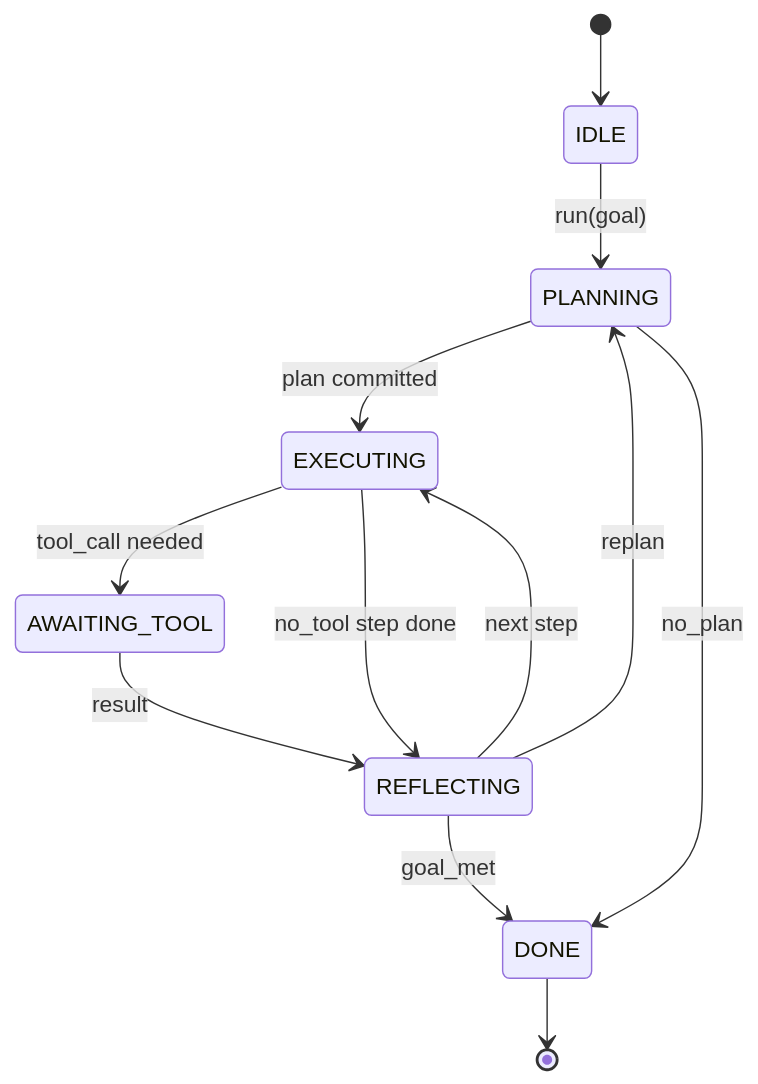
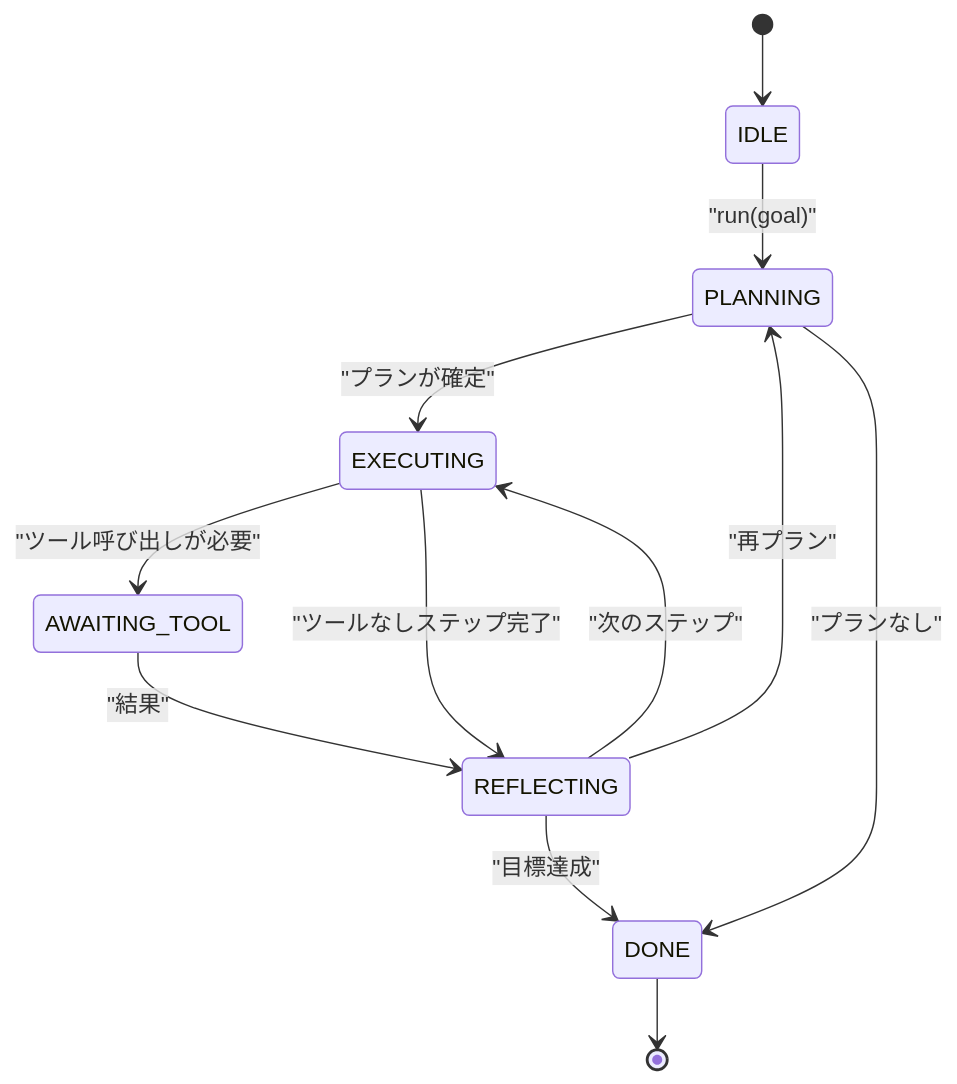
The diagram in content/phases/19-capstone-projects/20-agent-harness-loop-contract/lesson.ja.md (shoshoshomen/synapse-academy), drawn with Mermaid before and after one commit. The commit also changed 124 other files, not shown here.

First line of the commit message:
feat(i18n): mermaid図のラベルを日本語化(194レッスン/374図)

````diff
--- a/content/phases/19-capstone-projects/20-agent-harness-loop-contract/lesson.ja.md
+++ b/content/phases/19-capstone-projects/20-agent-harness-loop-contract/lesson.ja.md
@@ -23,14 +23,14 @@
 ```mermaid
 stateDiagram-v2
     [*] --> IDLE
-    IDLE --> PLANNING: run(goal)
-    PLANNING --> EXECUTING: plan committed
-    EXECUTING --> AWAITING_TOOL: tool_call needed
-    AWAITING_TOOL --> REFLECTING: result
-    EXECUTING --> REFLECTING: no_tool step done
-    REFLECTING --> EXECUTING: next step
-    REFLECTING --> PLANNING: replan
-    REFLECTING --> DONE: goal_met
-    PLANNING --> DONE: no_plan
+    IDLE --> PLANNING: "run(goal)"
+    PLANNING --> EXECUTING: "プランが確定"
+    EXECUTING --> AWAITING_TOOL: "ツール呼び出しが必要"
+    AWAITING_TOOL --> REFLECTING: "結果"
+    EXECUTING --> REFLECTING: "ツールなしステップ完了"
+    REFLECTING --> EXECUTING: "次のステップ"
+    REFLECTING --> PLANNING: "再プラン"
+    REFLECTING --> DONE: "目標達成"
+    PLANNING --> DONE: "プランなし"
     DONE --> [*]
 ```
````
